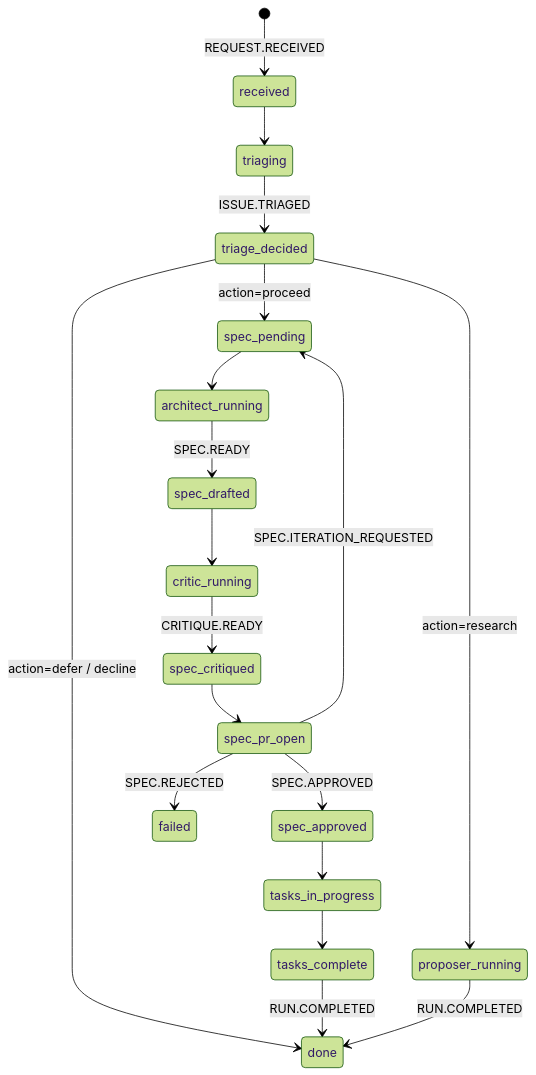
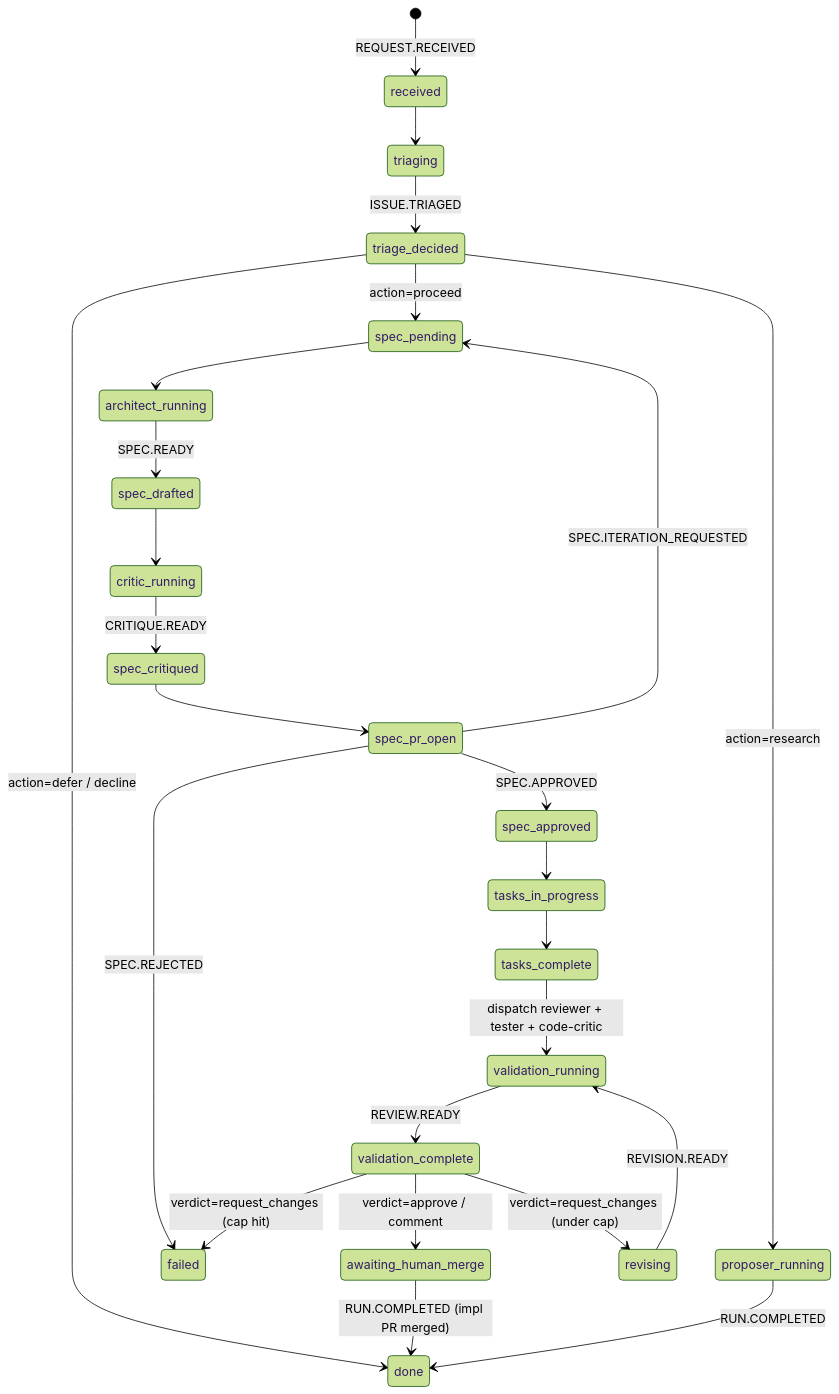
One commit to smoketurner/ai-dlc changed the diagram in AGENTS.md. Above: the diagram before and after it, drawn with Mermaid (forest theme). The commit also changed other lines of this file and 4 other files, not shown here.

````diff
--- a/AGENTS.md
+++ b/AGENTS.md
@@ -62,25 +63,31 @@
 ```mermaid
 stateDiagram-v2
     [*] --> received: REQUEST.RECEIVED
     received --> triaging
     triaging --> triage_decided: ISSUE.TRIAGED
 
     triage_decided --> spec_pending: action=proceed
     triage_decided --> proposer_running: action=research
     triage_decided --> done: action=defer / decline
 
     spec_pending --> architect_running
     architect_running --> spec_drafted: SPEC.READY
     spec_drafted --> critic_running
     critic_running --> spec_critiqued: CRITIQUE.READY
     spec_critiqued --> spec_pr_open
     spec_pr_open --> spec_approved: SPEC.APPROVED
     spec_pr_open --> spec_pending: SPEC.ITERATION_REQUESTED
     spec_pr_open --> failed: SPEC.REJECTED
 
     spec_approved --> tasks_in_progress
     tasks_in_progress --> tasks_complete
-    tasks_complete --> done: RUN.COMPLETED
+    tasks_complete --> validation_running: dispatch reviewer + tester + code-critic
+    validation_running --> validation_complete: REVIEW.READY
+    validation_complete --> awaiting_human_merge: verdict=approve / comment
+    validation_complete --> revising: verdict=request_changes (under cap)
+    validation_complete --> failed: verdict=request_changes (cap hit)
+    revising --> validation_running: REVISION.READY
+    awaiting_human_merge --> done: RUN.COMPLETED (impl PR merged)
 
     proposer_running --> done: RUN.COMPLETED
 ```
````
